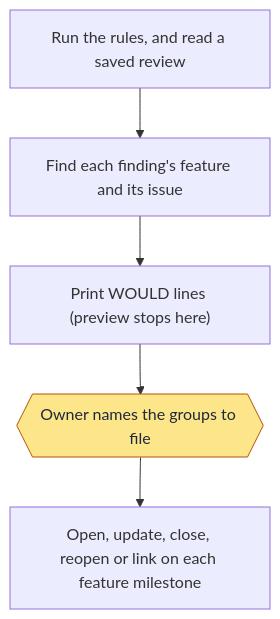
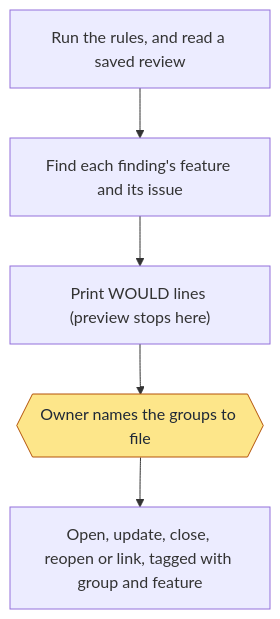
One commit to jcl2018/agent-workflow-template changed the second of 6 diagrams in skills/workflow-health/references/commands.md. Above: the diagram before and after it, drawn with Mermaid. The commit also changed other lines of this file and 21 other files, not shown here.

````diff
--- a/skills/workflow-health/references/commands.md
+++ b/skills/workflow-health/references/commands.md
@@ -135,11 +135,11 @@
 ```mermaid
 flowchart TD
   a["Run the rules, and read a saved review"]
   b["Find each finding's feature and its issue"]
   c["Print WOULD lines (preview stops here)"]
   d{{"Owner names the groups to file"}}
-  e["Open, update, close, reopen or link on each feature milestone"]
+  e["Open, update, close, reopen or link, tagged with group and feature"]
   a --> b --> c --> d --> e
   classDef owner fill:#fde68a,stroke:#b45309,color:#1f2937
   class d owner
 ```
````
